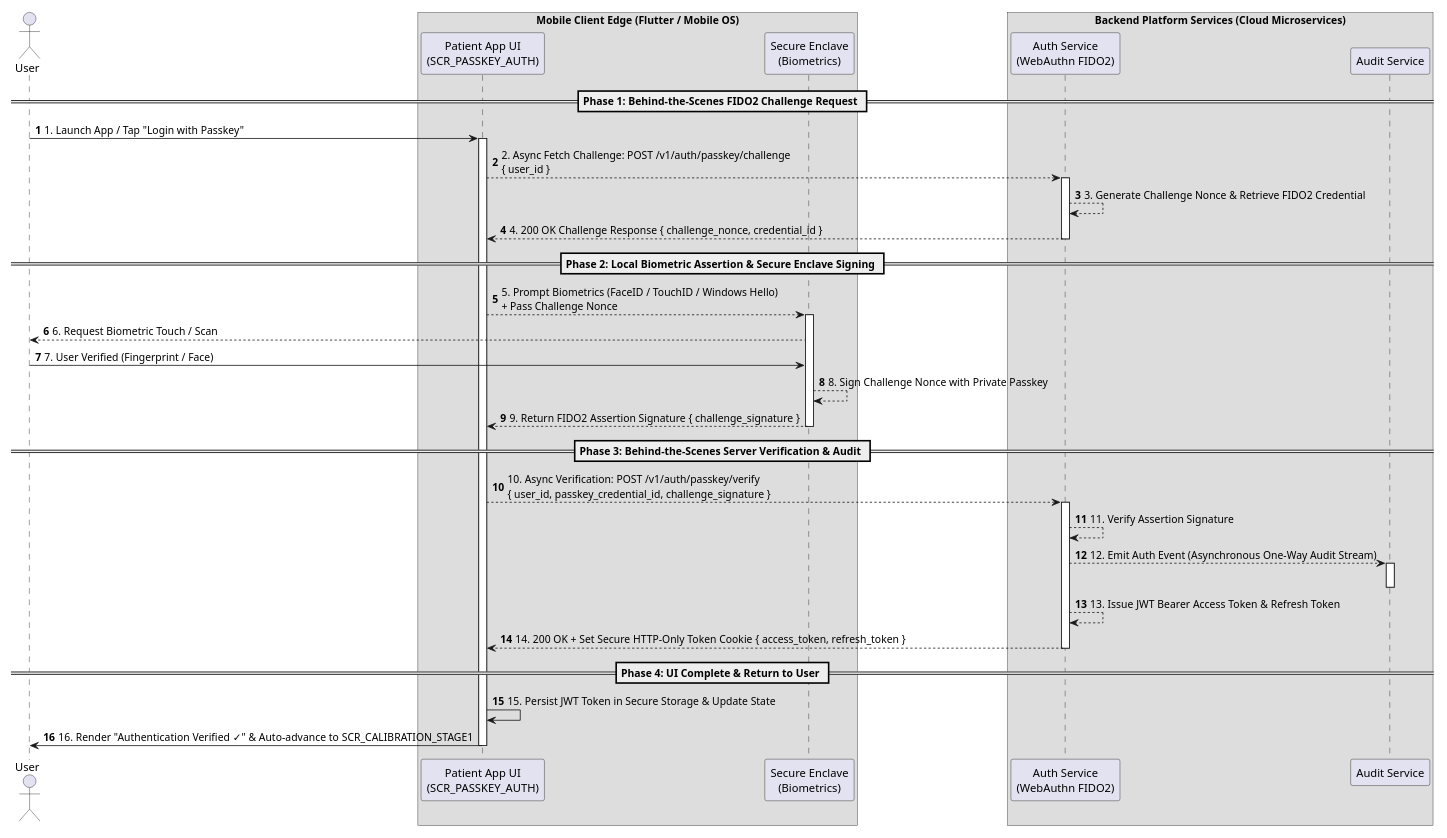
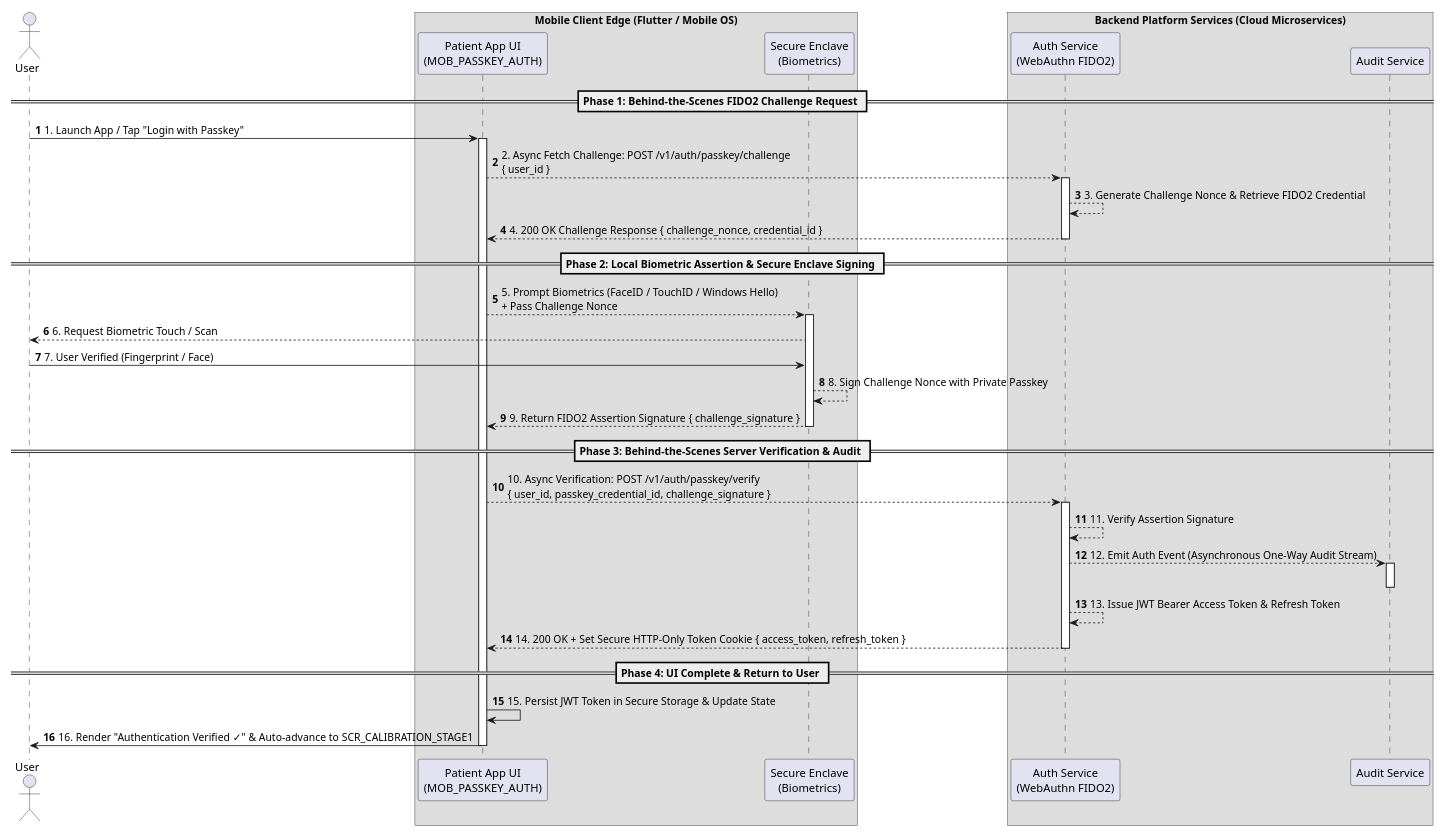
One commit to reidlai/masker-app changed the eighth of 10 diagrams in _bmad-output/architecture/ARCHITECTURE-SPINE.md. Above: the diagram before and after it, drawn with PlantUML. The commit also changed other lines of this file and 1 other file, not shown here.

Commit message:
docs(architecture): add complete sequence diagrams, C4 component traceability, and mathematical algorithm specs

````diff
--- a/_bmad-output/architecture/ARCHITECTURE-SPINE.md
+++ b/_bmad-output/architecture/ARCHITECTURE-SPINE.md
@@ -517,52 +833,52 @@
 ```plantuml
 @startuml Passkey_Authentication_Sequence_Diagram
 autonumber
 scale 0.7
 
 actor "User" as User
 box "Mobile Client Edge (Flutter / Mobile OS)" 
-participant "Patient App UI\n(SCR_PASSKEY_AUTH)" as UI 
+participant "Patient App UI\n(MOB_PASSKEY_AUTH)" as UI 
 participant "Secure Enclave\n(Biometrics)" as Enclave
 end box
 
 box "Backend Platform Services (Cloud Microservices)" 
 participant "Auth Service\n(WebAuthn FIDO2)" as AuthSvc
 participant "Audit Service" as AuditSvc
 end box
 
 == Phase 1: Behind-the-Scenes FIDO2 Challenge Request ==
 User -> UI: 1. Launch App / Tap "Login with Passkey"
 activate UI
 UI --> AuthSvc: 2. Async Fetch Challenge: POST /v1/auth/passkey/challenge\n{ user_id }
 activate AuthSvc
 AuthSvc --> AuthSvc: 3. Generate Challenge Nonce & Retrieve FIDO2 Credential
 AuthSvc --> UI: 4. 200 OK Challenge Response { challenge_nonce, credential_id }
 deactivate AuthSvc
 
 == Phase 2: Local Biometric Assertion & Secure Enclave Signing ==
 UI --> Enclave: 5. Prompt Biometrics (FaceID / TouchID / Windows Hello)\n+ Pass Challenge Nonce
 activate Enclave
 Enclave --> User: 6. Request Biometric Touch / Scan
 User -> Enclave: 7. User Verified (Fingerprint / Face)
 Enclave --> Enclave: 8. Sign Challenge Nonce with Private Passkey
 Enclave --> UI: 9. Return FIDO2 Assertion Signature { challenge_signature }
 deactivate Enclave
 
 == Phase 3: Behind-the-Scenes Server Verification & Audit ==
 UI --> AuthSvc: 10. Async Verification: POST /v1/auth/passkey/verify\n{ user_id, passkey_credential_id, challenge_signature }
 activate AuthSvc
 AuthSvc --> AuthSvc: 11. Verify Assertion Signature
 AuthSvc --> AuditSvc: 12. Emit Auth Event (Asynchronous One-Way Audit Stream)
 activate AuditSvc
 deactivate AuditSvc
 AuthSvc --> AuthSvc: 13. Issue JWT Bearer Access Token & Refresh Token
 AuthSvc --> UI: 14. 200 OK + Set Secure HTTP-Only Token Cookie { access_token, refresh_token }
 deactivate AuthSvc
 
 == Phase 4: UI Complete & Return to User ==
 UI -> UI: 15. Persist JWT Token in Secure Storage & Update State
 UI -> User: 16. Render "Authentication Verified ✓" & Auto-advance to SCR_CALIBRATION_STAGE1
 deactivate UI
 
 @enduml
 ```
````
